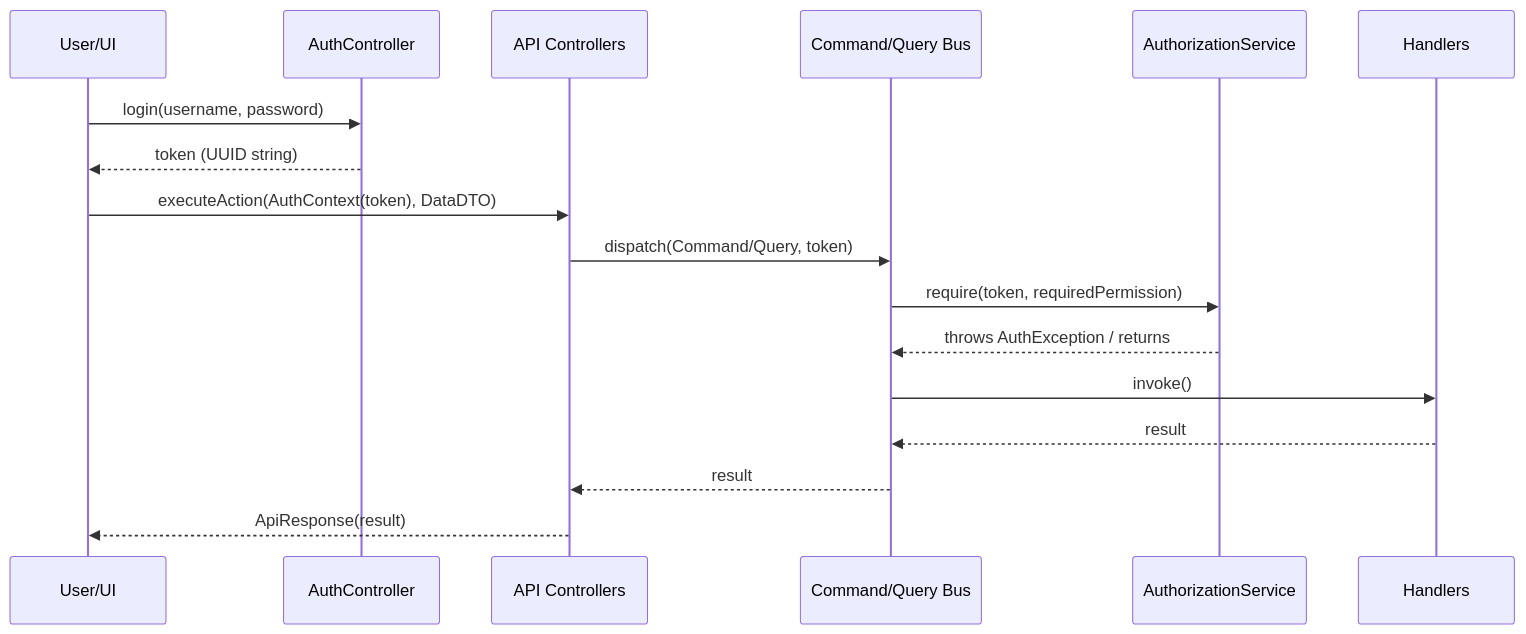
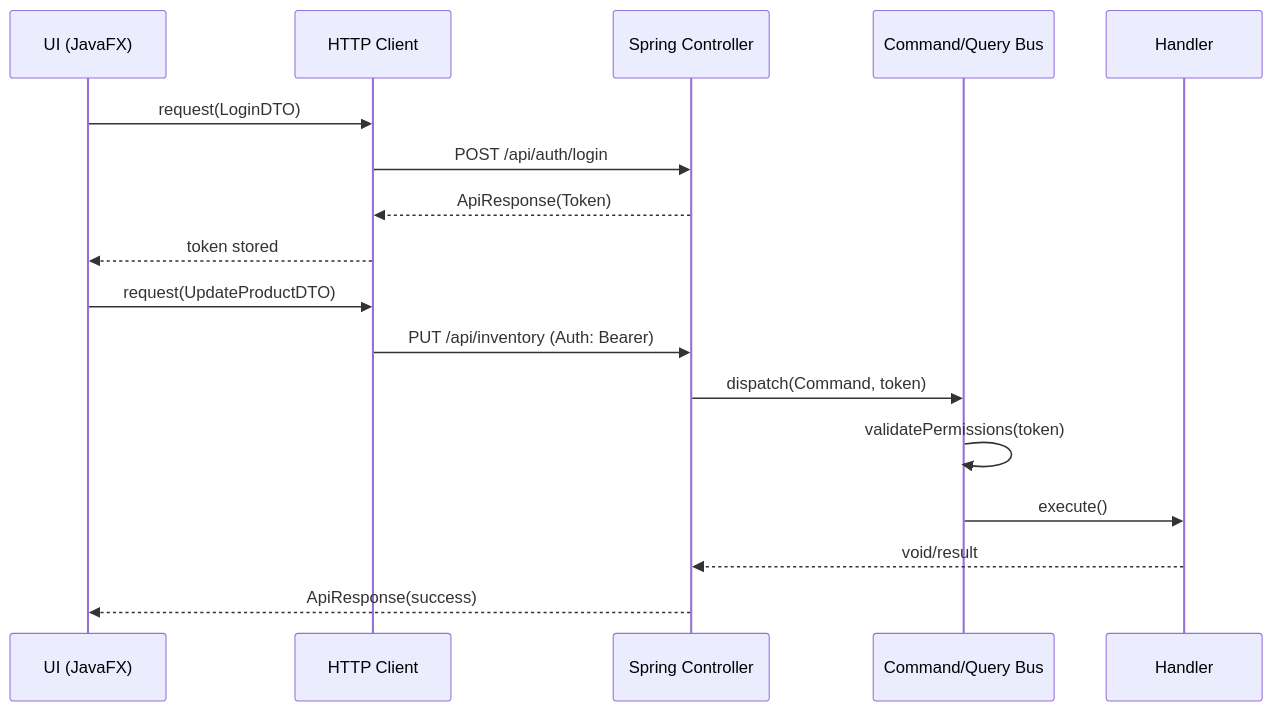
The third of 3 diagrams in docs/architecture.md (fahad-accordion-23/inventory-manager), drawn with Mermaid before and after one commit. The commit also changed other lines of this file, not shown here.

Commit message:
docs: update architecture documentation to reflect the transition to a distributed client-server model using Spring Boot and JavaFX.

````diff
--- a/docs/architecture.md
+++ b/docs/architecture.md
@@ -227,23 +158,21 @@
 ```mermaid
 sequenceDiagram
-    participant U as User/UI
-    participant Auth as AuthController
-    participant API as API Controllers
-    participant Bus as Command/Query Bus
-    participant AS as AuthorizationService
-    participant H as Handlers
+    participant U as UI (JavaFX)
+    participant C as HTTP Client
+    participant S as Spring Controller
+    participant B as Command/Query Bus
+    participant H as Handler
 
-    U->>Auth: login(username, password)
-    Auth-->>U: token (UUID string)
-    
-    U->>API: executeAction(AuthContext(token), DataDTO)
-    API->>Bus: dispatch(Command/Query, token)
-    
-    Bus->>AS: require(token, requiredPermission)
-    AS-->>Bus: throws AuthException / returns
-    
-    Bus->>H: invoke()
-    H-->>Bus: result
-    Bus-->>API: result
-    API-->>U: ApiResponse(result)
+    U->>C: request(LoginDTO)
+    C->>S: POST /api/auth/login
+    S-->>C: ApiResponse(Token)
+    C-->>U: token stored
+
+    U->>C: request(UpdateProductDTO)
+    C->>S: PUT /api/inventory (Auth: Bearer)
+    S->>B: dispatch(Command, token)
+    B->>B: validatePermissions(token)
+    B->>H: execute()
+    H-->>S: void/result
+    S-->>U: ApiResponse(success)
 ```
````
